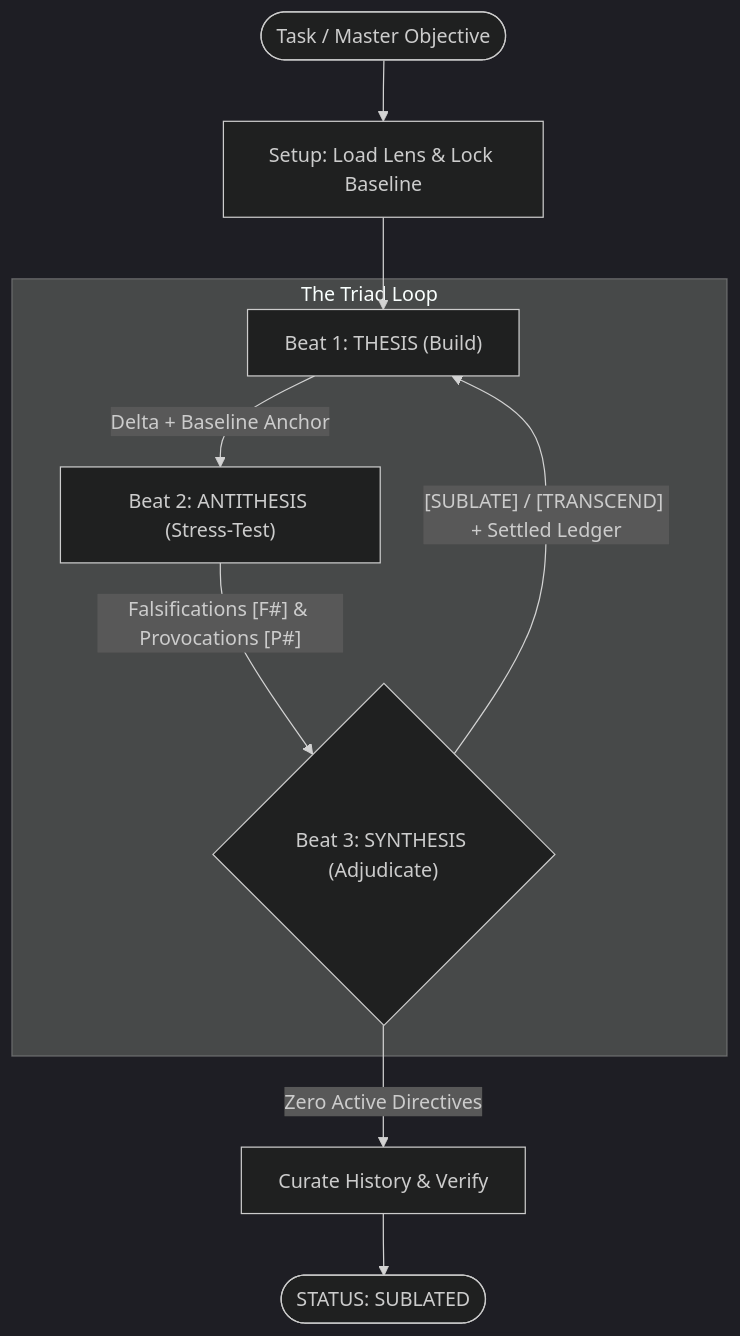
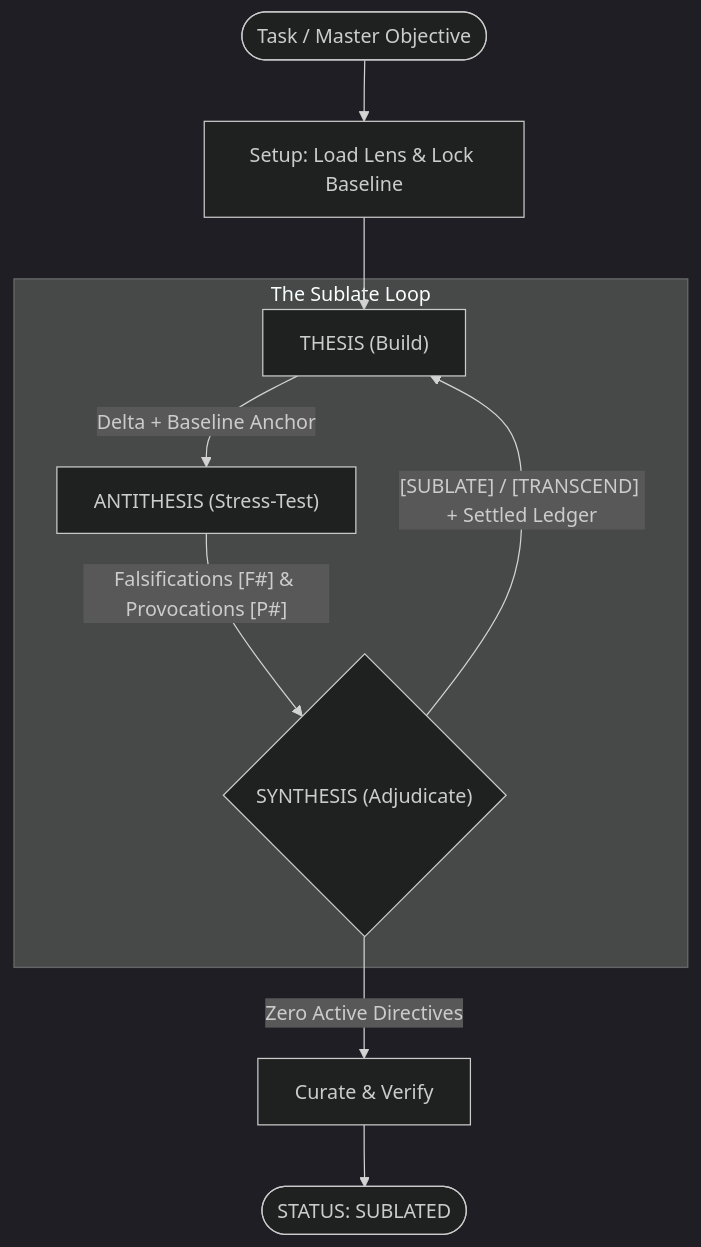
One commit to jessetane/sublate changed the diagram in README.md. Above: the diagram before and after it, drawn with Mermaid (dark theme). The commit also changed other lines of this file, not shown here.

````diff
--- a/README.md
+++ b/README.md
@@ -15,14 +19,14 @@
 ```mermaid
 flowchart TD
     Start(["Task / Master Objective"]) --> Setup["Setup: Load Lens & Lock Baseline"]
-    Setup --> Thesis["Beat 1: THESIS (Build)"]
+    Setup --> Thesis["THESIS (Build)"]
 
-    subgraph TriadLoop ["The Triad Loop"]
-        Thesis -->|"Delta + Baseline Anchor"| Antithesis["Beat 2: ANTITHESIS (Stress-Test)"]
-        Antithesis -->|"Falsifications [F#] & Provocations [P#]"| Synthesis{"Beat 3: SYNTHESIS (Adjudicate)"}
+    subgraph SublateLoop ["The Sublate Loop"]
+        Thesis -->|"Delta + Baseline Anchor"| Antithesis["ANTITHESIS (Stress-Test)"]
+        Antithesis -->|"Falsifications [F#] & Provocations [P#]"| Synthesis{"SYNTHESIS (Adjudicate)"}
         Synthesis -->|"[SUBLATE] / [TRANSCEND] + Settled Ledger"| Thesis
     end
 
-    Synthesis -->|"Zero Active Directives"| Curate["Curate History & Verify"]
+    Synthesis -->|"Zero Active Directives"| Curate["Curate & Verify"]
     Curate --> Complete(["STATUS: SUBLATED"])
 ```
````
